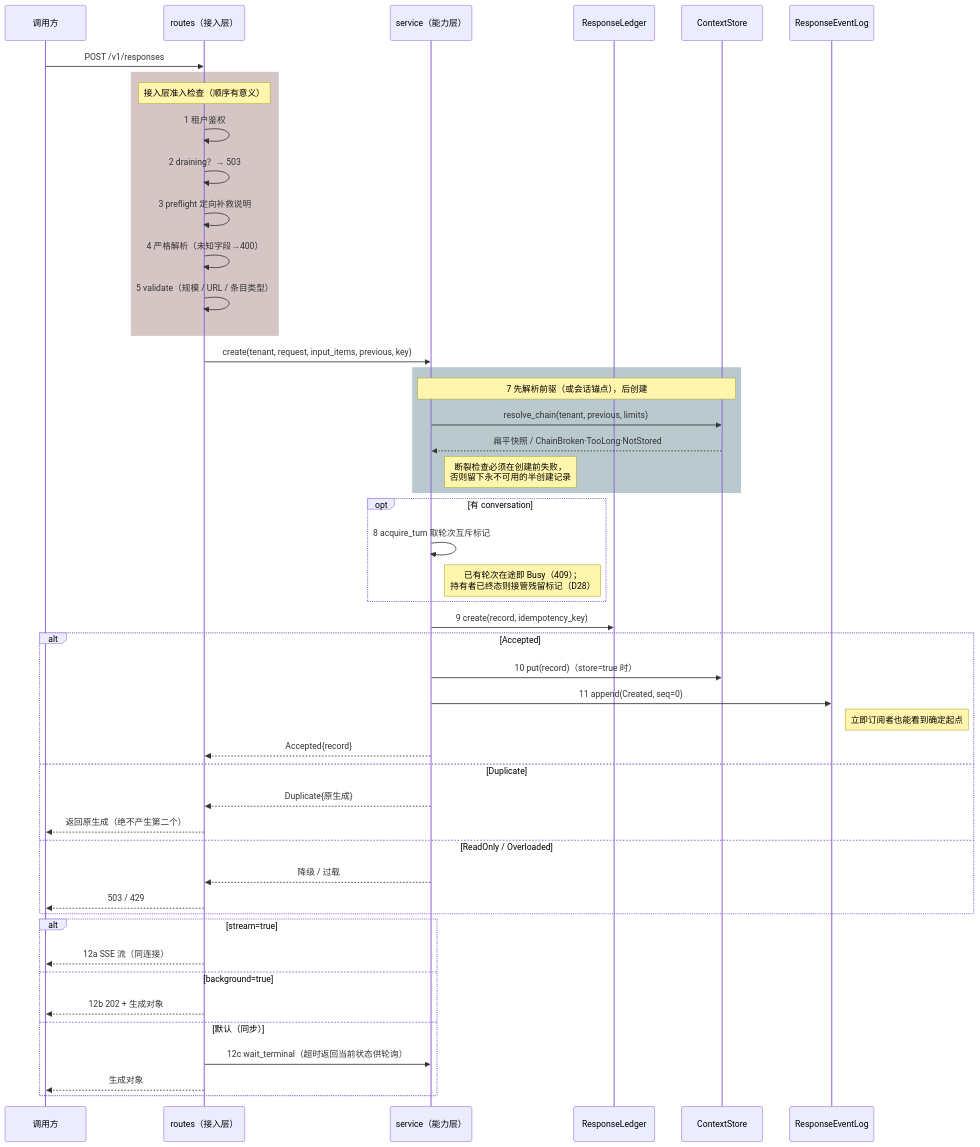
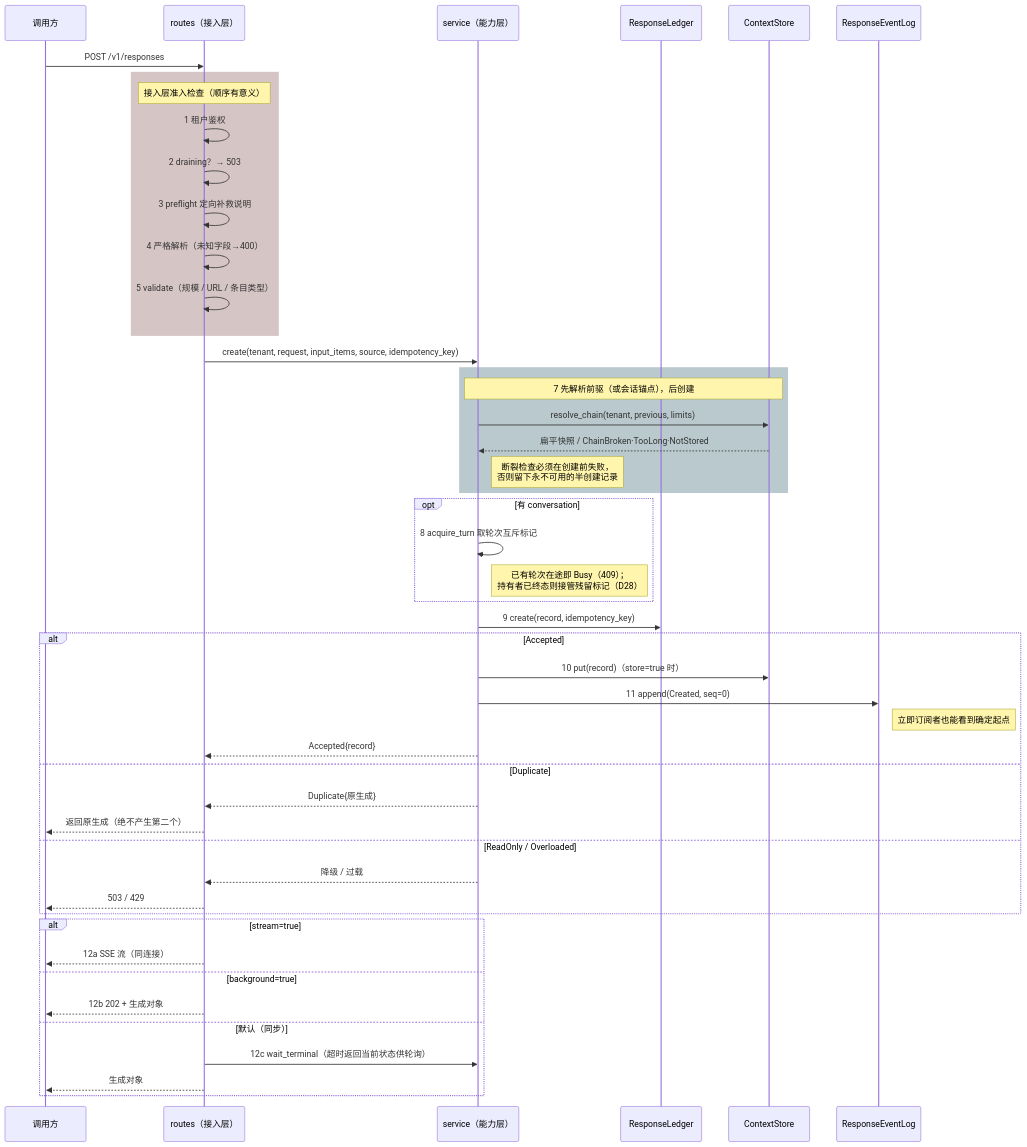
One commit to charleslyh/nova-chat changed the third of 8 diagrams in docs/design/00-architecture-review.md. Above: the diagram before and after it, drawn with Mermaid. The commit also changed other lines of this file, not shown here.

````diff
--- a/docs/design/00-architecture-review.md
+++ b/docs/design/00-architecture-review.md
@@ -305,57 +299,57 @@
 ```mermaid
 sequenceDiagram
     participant C as 调用方
     participant R as routes（接入层）
     participant V as service（能力层）
     participant L as ResponseLedger
     participant S as ContextStore
     participant E as ResponseEventLog
 
     C->>R: POST /v1/responses
 
     rect rgba(92, 26, 26, 0.25)
     Note over R: 接入层准入检查（顺序有意义）
     R->>R: 1 租户鉴权
     R->>R: 2 draining？→ 503
     R->>R: 3 preflight 定向补救说明
     R->>R: 4 严格解析（未知字段→400）
     R->>R: 5 validate（规模 / URL / 条目类型）
     end
 
-    R->>V: create(tenant, request, input_items, previous, key)
+    R->>V: create(tenant, request, input_items, source, idempotency_key)
 
     rect rgba(26, 77, 92, 0.3)
     Note over V,S: 7 先解析前驱（或会话锚点），后创建
     V->>S: resolve_chain(tenant, previous, limits)
     S-->>V: 扁平快照 / ChainBroken·TooLong·NotStored
     Note right of V: 断裂检查必须在创建前失败，<br/>否则留下永不可用的半创建记录
     end
 
     opt 有 conversation
     V->>V: 8 acquire_turn 取轮次互斥标记
     Note right of V: 已有轮次在途即 Busy（409）；<br/>持有者已终态则接管残留标记（D28）
     end
 
     V->>L: 9 create(record, idempotency_key)
     alt Accepted
         V->>S: 10 put(record)（store=true 时）
         V->>E: 11 append(Created, seq=0)
         Note right of E: 立即订阅者也能看到确定起点
         V-->>R: Accepted{record}
     else Duplicate
         V-->>R: Duplicate{原生成}
         R-->>C: 返回原生成（绝不产生第二个）
     else ReadOnly / Overloaded
         V-->>R: 降级 / 过载
         R-->>C: 503 / 429
     end
 
     alt stream=true
         R-->>C: 12a SSE 流（同连接）
     else background=true
         R-->>C: 12b 202 + 生成对象
     else 默认（同步）
         R->>V: 12c wait_terminal（超时返回当前状态供轮询）
         R-->>C: 生成对象
     end
 ```
````
